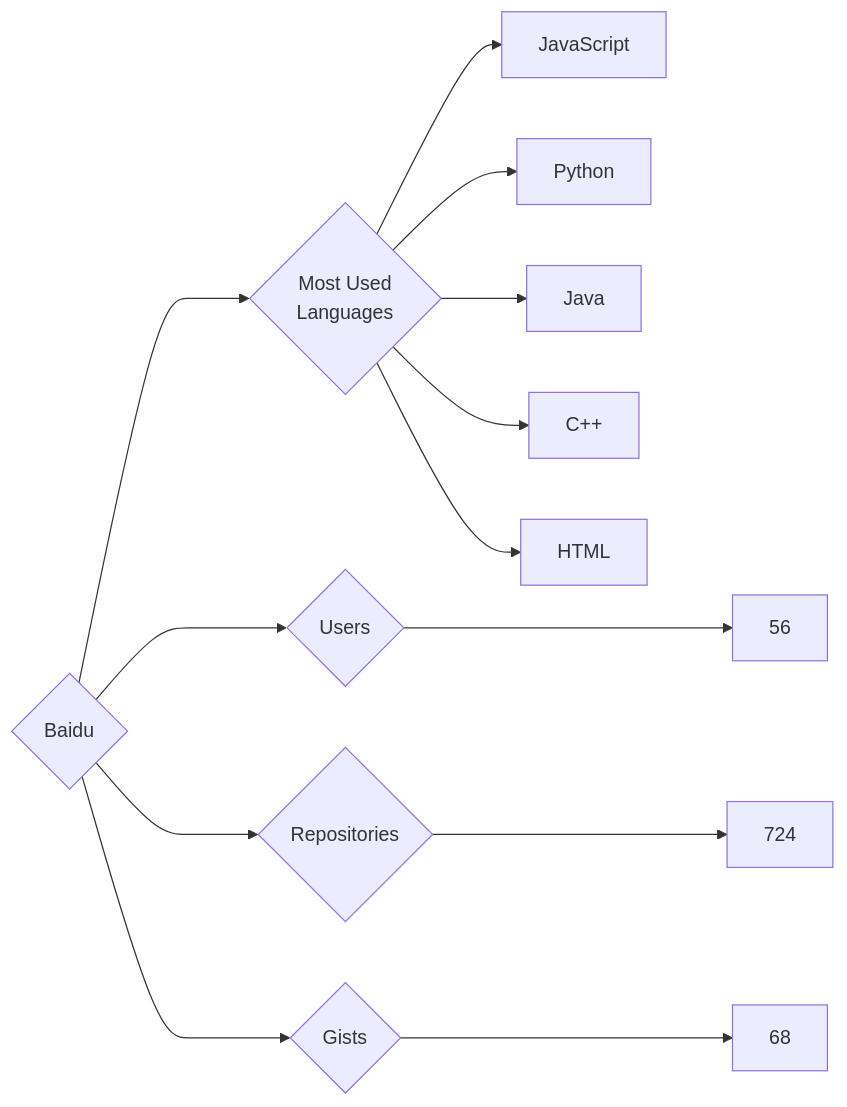
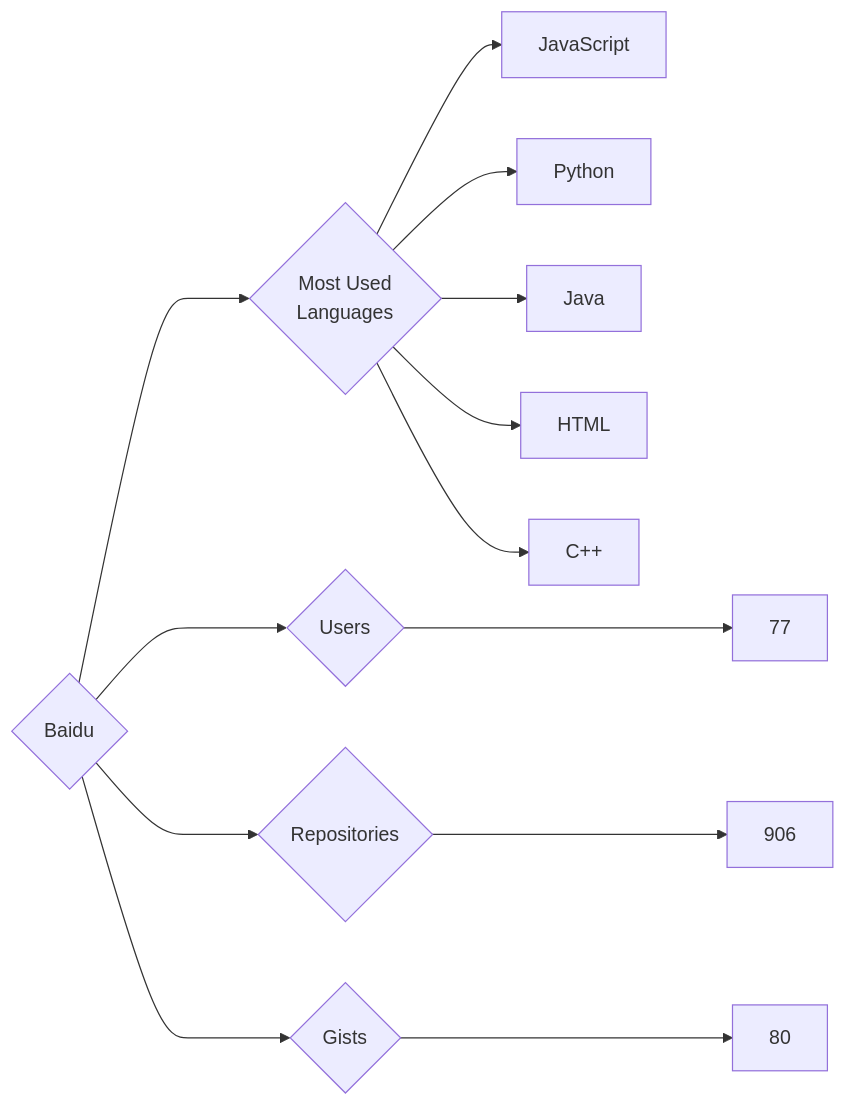
One commit to trickest/insiders changed the diagram in targets/Baidu/README.md. Above: the diagram before and after it, drawn with Mermaid. The commit also changed 839 other files, not shown here.

````diff
--- a/targets/Baidu/README.md
+++ b/targets/Baidu/README.md
@@ -3,13 +3,13 @@
 ```mermaid
 graph LR
 COMPANY_NAME{Baidu}
-COMPANY_NAME ---> U{Users} ---> UN[56]
-COMPANY_NAME ---> R{Repositories} ---> RN[724]
-COMPANY_NAME ---> G{Gists} ---> GN[68]
+COMPANY_NAME ---> U{Users} ---> UN[77]
+COMPANY_NAME ---> R{Repositories} ---> RN[906]
+COMPANY_NAME ---> G{Gists} ---> GN[80]
 COMPANY_NAME ---> ML{Most Used<br>Languages}
 ML --> JavaScript[JavaScript]
 ML --> Python[Python]
 ML --> Java[Java]
+ML --> HTML[HTML]
 ML --> C++[C++]
-ML --> HTML[HTML]
 ```
````
